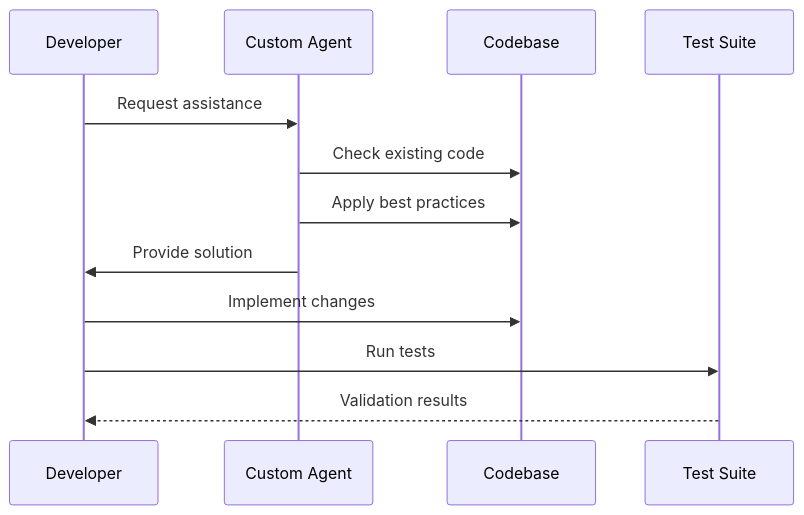
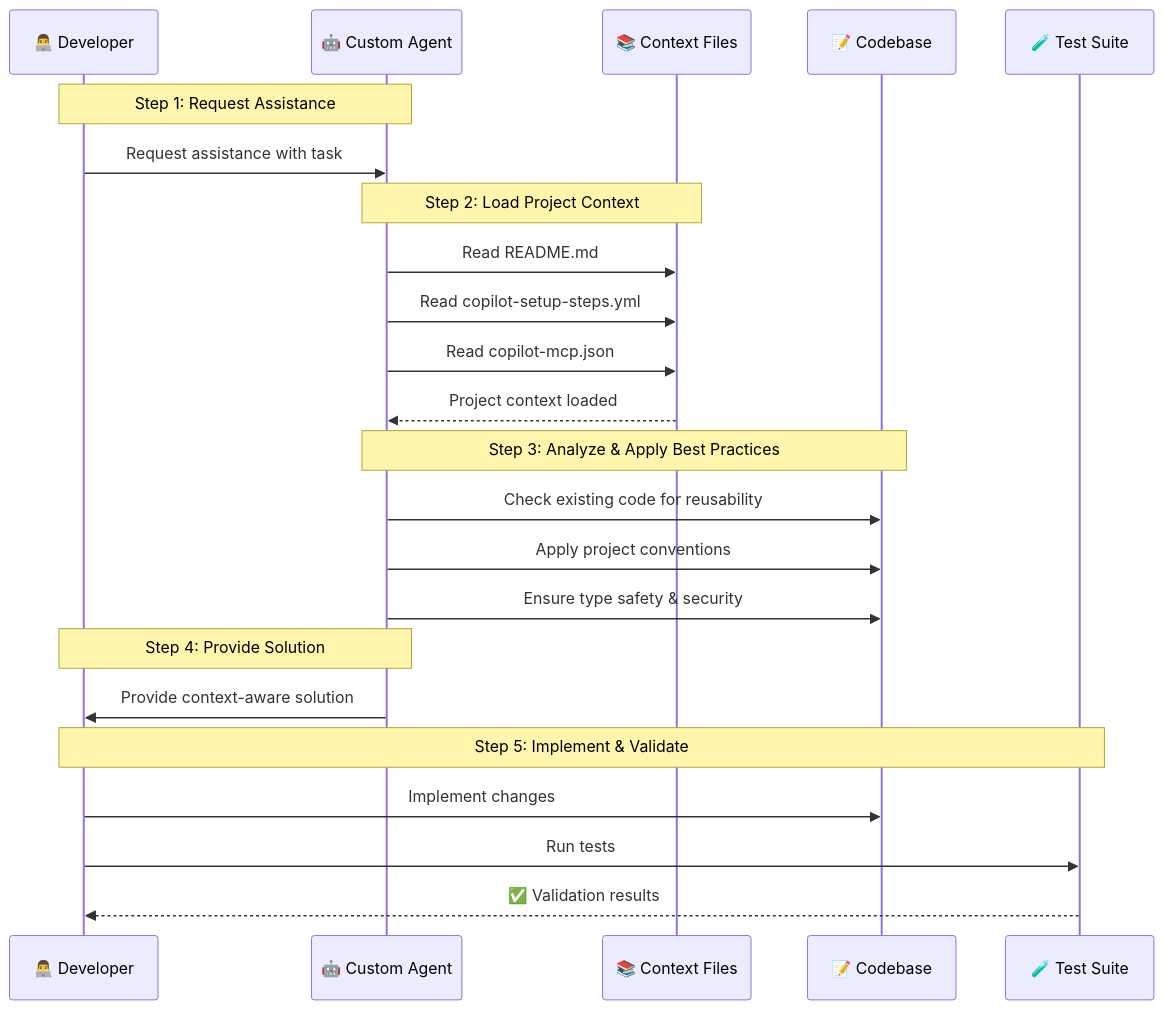
The sixth of 7 diagrams in .github/agents/README.md (Hack23/cia-compliance-manager), drawn with Mermaid before and after one commit. The commit also changed other lines of this file and 7 other files, not shown here.

First line of the commit message:
docs: update agents with context initialization and enhance README diagrams (#729)

````diff
--- a/.github/agents/README.md
+++ b/.github/agents/README.md
@@ -317,15 +449,30 @@
 ```mermaid
 sequenceDiagram
-    participant Dev as Developer
-    participant Agent as Custom Agent
-    participant Code as Codebase
-    participant Tests as Test Suite
+    participant Dev as 👨‍💻 Developer
+    participant Agent as 🤖 Custom Agent
+    participant Context as 📚 Context Files
+    participant Code as 📝 Codebase
+    participant Tests as 🧪 Test Suite
     
-    Dev->>Agent: Request assistance
-    Agent->>Code: Check existing code
-    Agent->>Code: Apply best practices
-    Agent->>Dev: Provide solution
+    Note over Dev,Agent: Step 1: Request Assistance
+    Dev->>Agent: Request assistance with task
+    
+    Note over Agent,Context: Step 2: Load Project Context
+    Agent->>Context: Read README.md
+    Agent->>Context: Read copilot-setup-steps.yml
+    Agent->>Context: Read copilot-mcp.json
+    Context-->>Agent: Project context loaded
+    
+    Note over Agent,Code: Step 3: Analyze & Apply Best Practices
+    Agent->>Code: Check existing code for reusability
+    Agent->>Code: Apply project conventions
+    Agent->>Code: Ensure type safety & security
+    
+    Note over Agent,Dev: Step 4: Provide Solution
+    Agent->>Dev: Provide context-aware solution
+    
+    Note over Dev,Tests: Step 5: Implement & Validate
     Dev->>Code: Implement changes
     Dev->>Tests: Run tests
-    Tests-->>Dev: Validation results
+    Tests-->>Dev: ✅ Validation results
 ```
````
